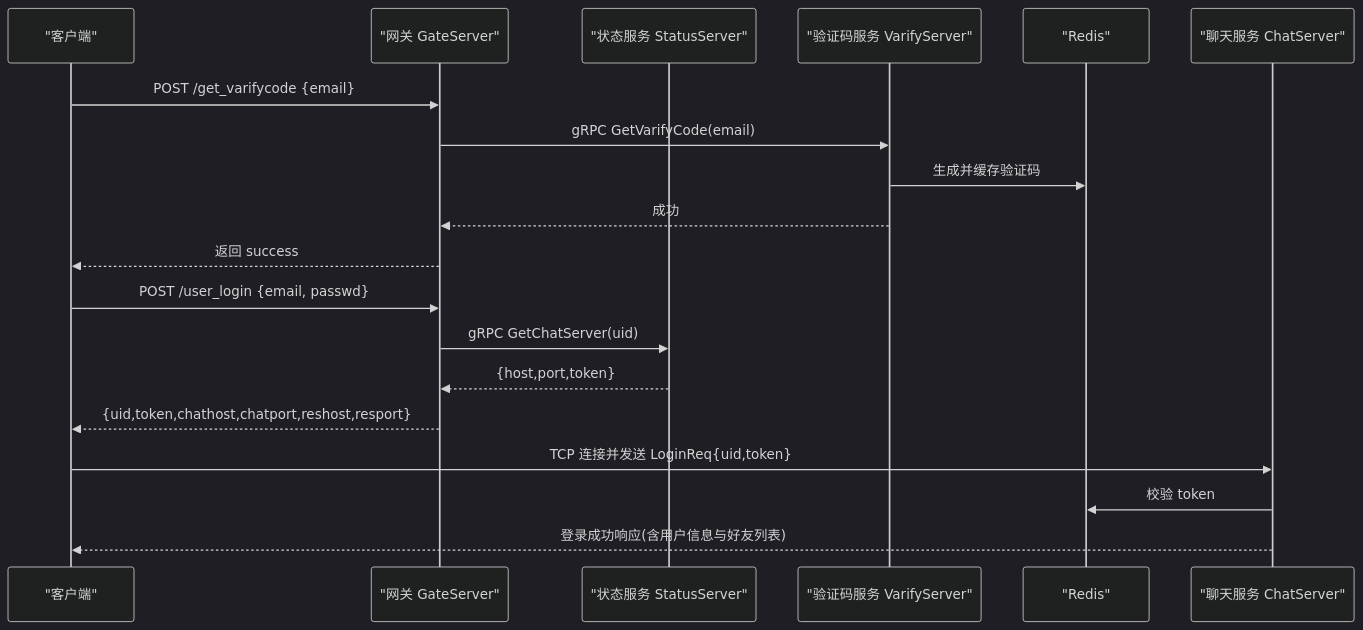
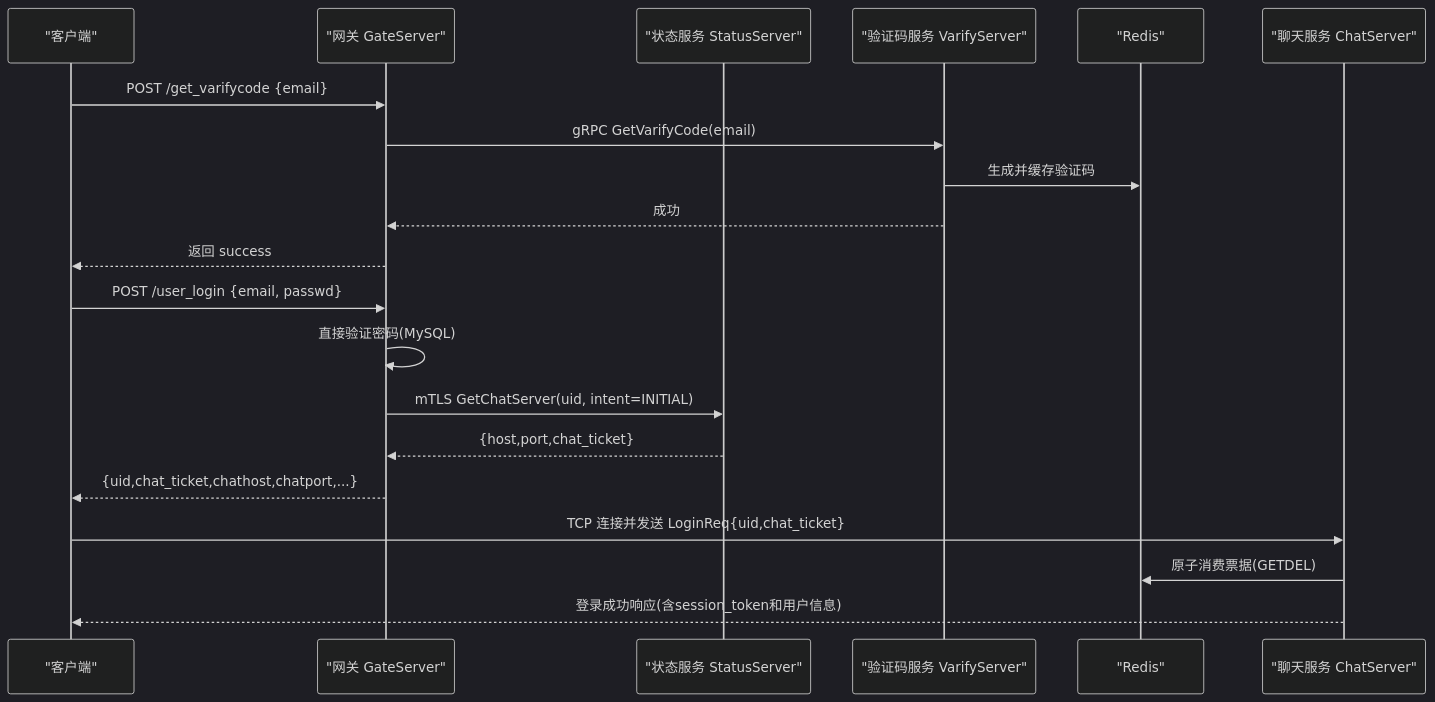
Before and after one commit to echo9923/mychatter: the second of 9 diagrams in .qoder/repowiki/zh/content/安全设计/身份认证系统/登录认证系统.md, drawn with Mermaid (dark theme). The commit also changed other lines of this file and 107 other files, not shown here.

````diff
--- a/.qoder/repowiki/zh/content/安全设计/身份认证系统/登录认证系统.md
+++ b/.qoder/repowiki/zh/content/安全设计/身份认证系统/登录认证系统.md
@@ -89,21 +104,22 @@
 ```mermaid
 sequenceDiagram
 participant C as "客户端"
 participant G as "网关 GateServer"
 participant S as "状态服务 StatusServer"
 participant V as "验证码服务 VarifyServer"
 participant R as "Redis"
 participant CH as "聊天服务 ChatServer"
 C->>G : POST /get_varifycode {email}
 G->>V : gRPC GetVarifyCode(email)
 V->>R : 生成并缓存验证码
 V-->>G : 成功
 G-->>C : 返回 success
 C->>G : POST /user_login {email, passwd}
-G->>S : gRPC GetChatServer(uid)
-S-->>G : {host,port,token}
-G-->>C : {uid,token,chathost,chatport,reshost,resport}
-C->>CH : TCP 连接并发送 LoginReq{uid,token}
-CH->>R : 校验 token
-CH-->>C : 登录成功响应(含用户信息与好友列表)
+G->>G : 直接验证密码(MySQL)
+G->>S : mTLS GetChatServer(uid, intent=INITIAL)
+S-->>G : {host,port,chat_ticket}
+G-->>C : {uid,chat_ticket,chathost,chatport,...}
+C->>CH : TCP 连接并发送 LoginReq{uid,chat_ticket}
+CH->>R : 原子消费票据(GETDEL)
+CH-->>C : 登录成功响应(含session_token和用户信息)
 ```
````
